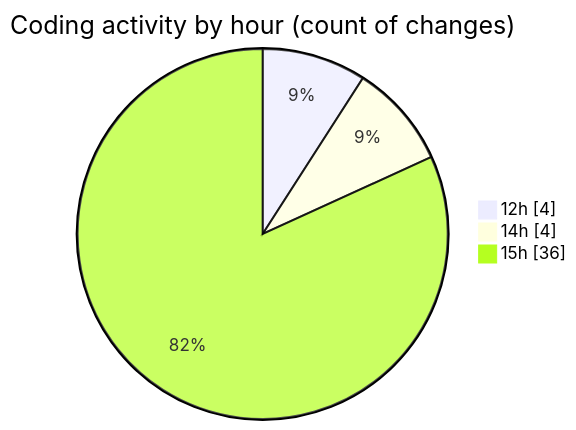
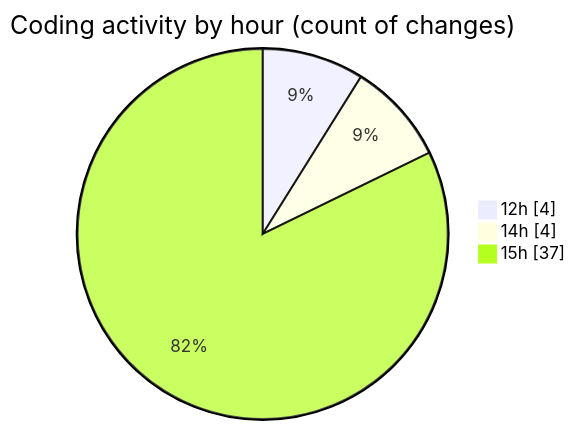
One commit to nxtqubesakshisongat/code-tracking changed the second of 2 diagrams in 2025-05-21/nxtqube_webapp/README.md. Above: the diagram before and after it, drawn with Mermaid. The commit also changed other lines of this file and 1 other file, not shown here.

````diff
--- a/2025-05-21/nxtqube_webapp/README.md
+++ b/2025-05-21/nxtqube_webapp/README.md
@@ -35,7 +35,7 @@
 ```mermaid
 pie showData
 title Coding activity by hour (count of changes)
 "12h" : 4
 "14h" : 4
-"15h" : 36
+"15h" : 37
 ```
````
